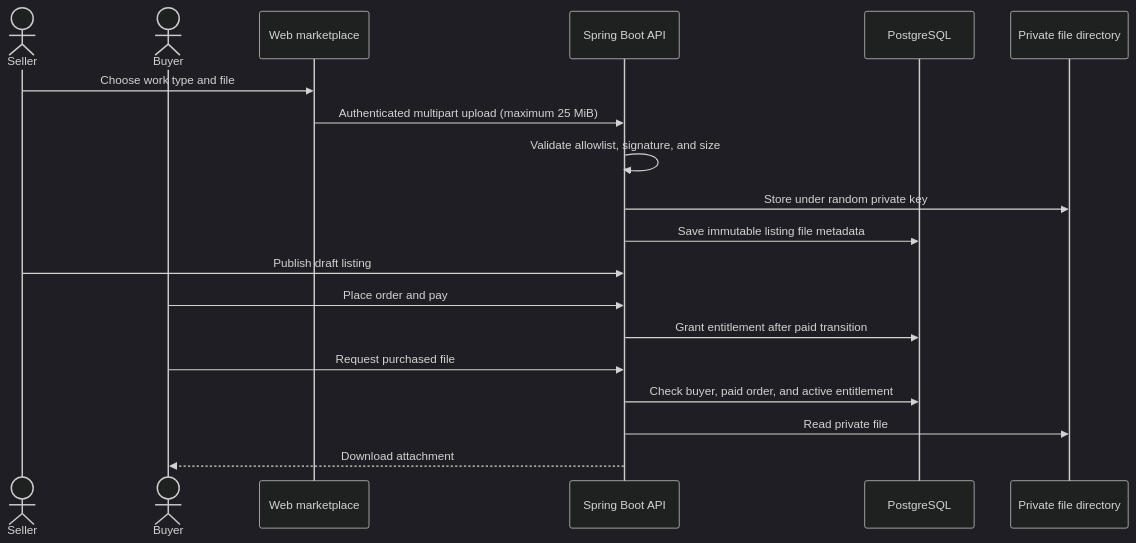
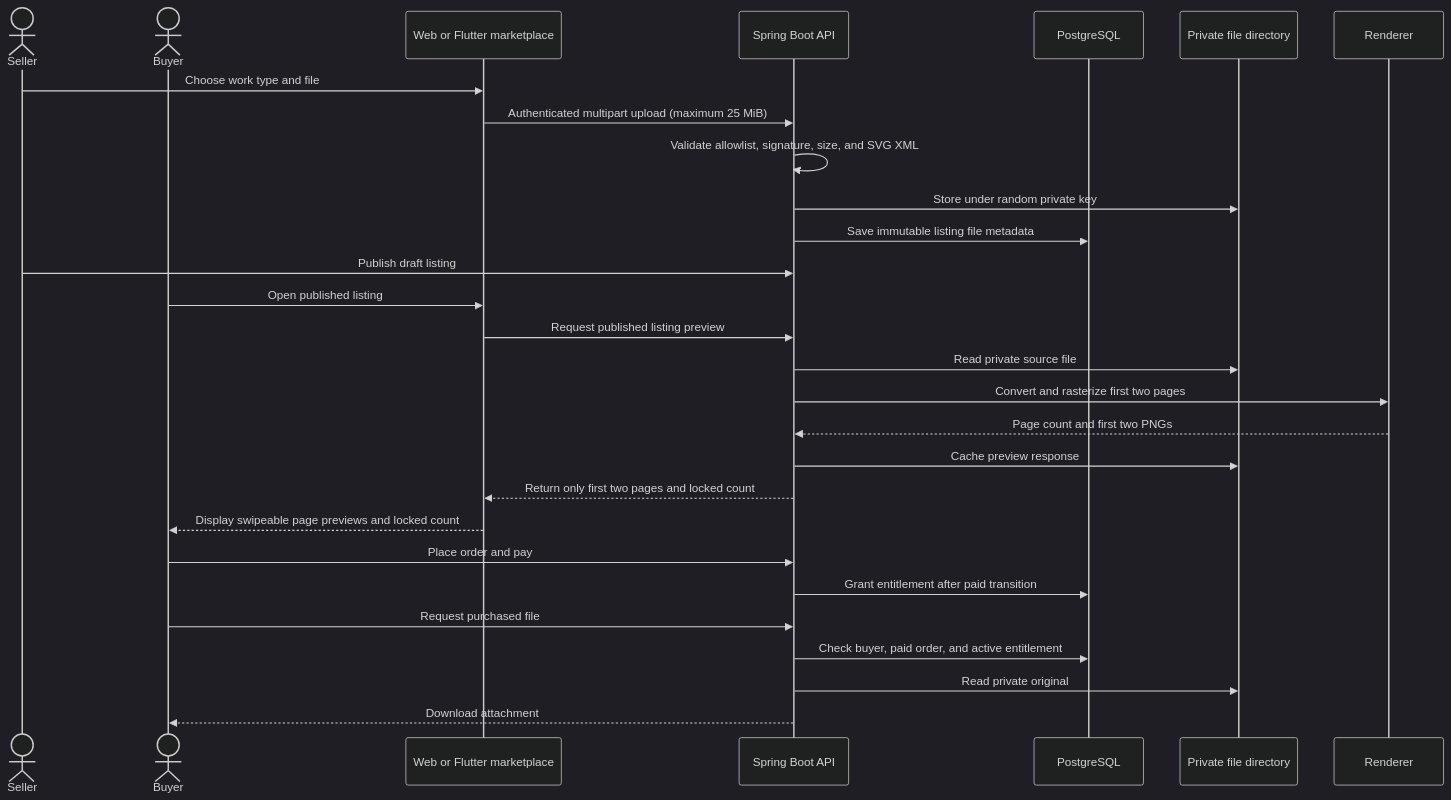
One commit to encodeschool/SLIDE_APP changed the third of 3 diagrams in docs/PROJECT_MAP.md. Above: the diagram before and after it, drawn with Mermaid (dark theme). The commit also changed other lines of this file and 86 other files, not shown here.

````diff
--- a/docs/PROJECT_MAP.md
+++ b/docs/PROJECT_MAP.md
@@ -95,22 +97,30 @@
 ```mermaid
 sequenceDiagram
     actor Seller
     actor Buyer
-    participant Web as Web marketplace
+    participant Client as Web or Flutter marketplace
     participant API as Spring Boot API
     participant DB as PostgreSQL
     participant Files as Private file directory
 
-    Seller->>Web: Choose work type and file
-    Web->>API: Authenticated multipart upload (maximum 25 MiB)
-    API->>API: Validate allowlist, signature, and size
+    Seller->>Client: Choose work type and file
+    Client->>API: Authenticated multipart upload (maximum 25 MiB)
+    API->>API: Validate allowlist, signature, size, and SVG XML
     API->>Files: Store under random private key
     API->>DB: Save immutable listing file metadata
     Seller->>API: Publish draft listing
+    Buyer->>Client: Open published listing
+    Client->>API: Request published listing preview
+    API->>Files: Read private source file
+    API->>Renderer: Convert and rasterize first two pages
+    Renderer-->>API: Page count and first two PNGs
+    API->>Files: Cache preview response
+    API-->>Client: Return only first two pages and locked count
+    Client-->>Buyer: Display swipeable page previews and locked count
     Buyer->>API: Place order and pay
     API->>DB: Grant entitlement after paid transition
     Buyer->>API: Request purchased file
     API->>DB: Check buyer, paid order, and active entitlement
-    API->>Files: Read private file
+    API->>Files: Read private original
     API-->>Buyer: Download attachment
 ```
````
